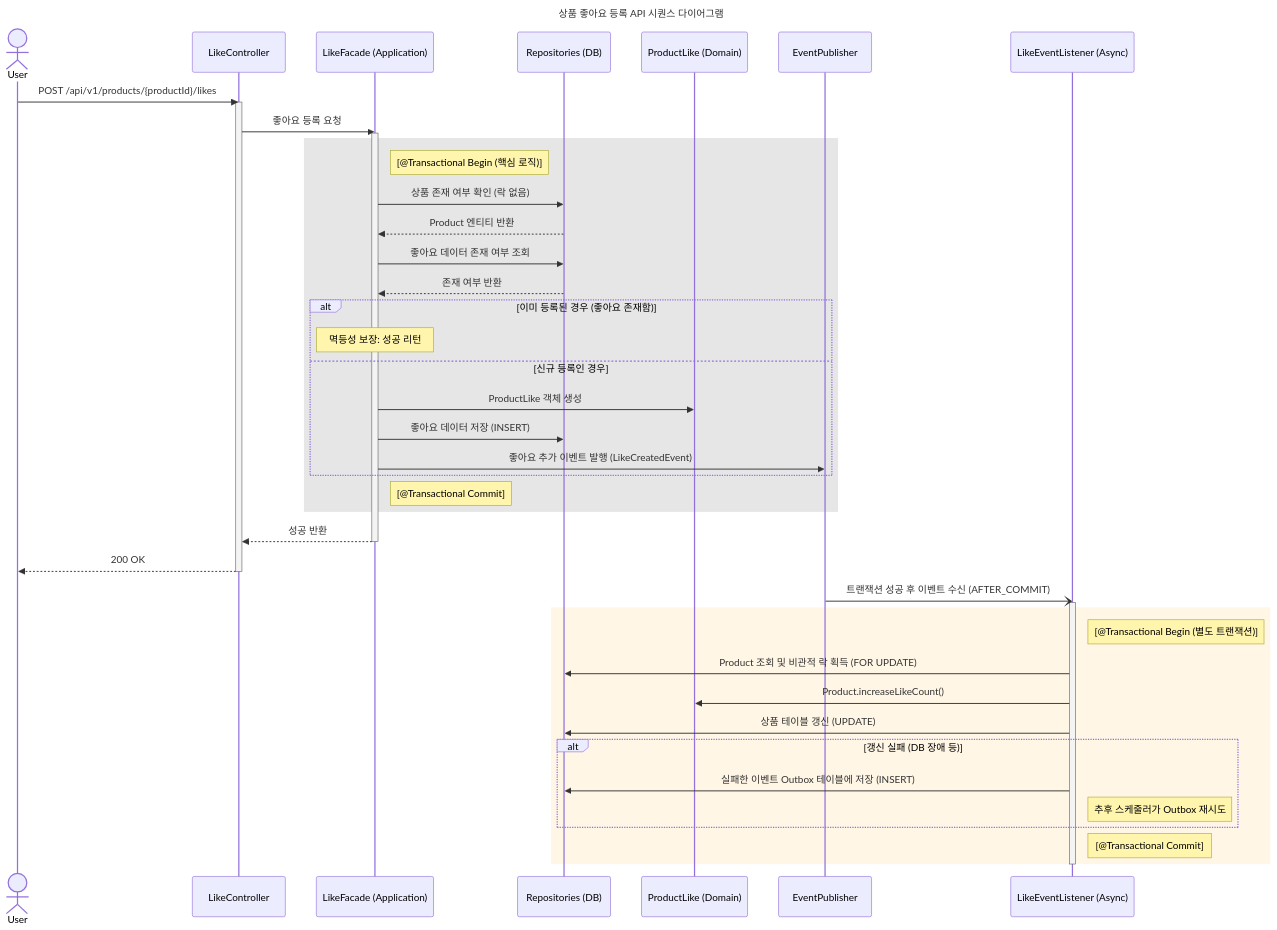
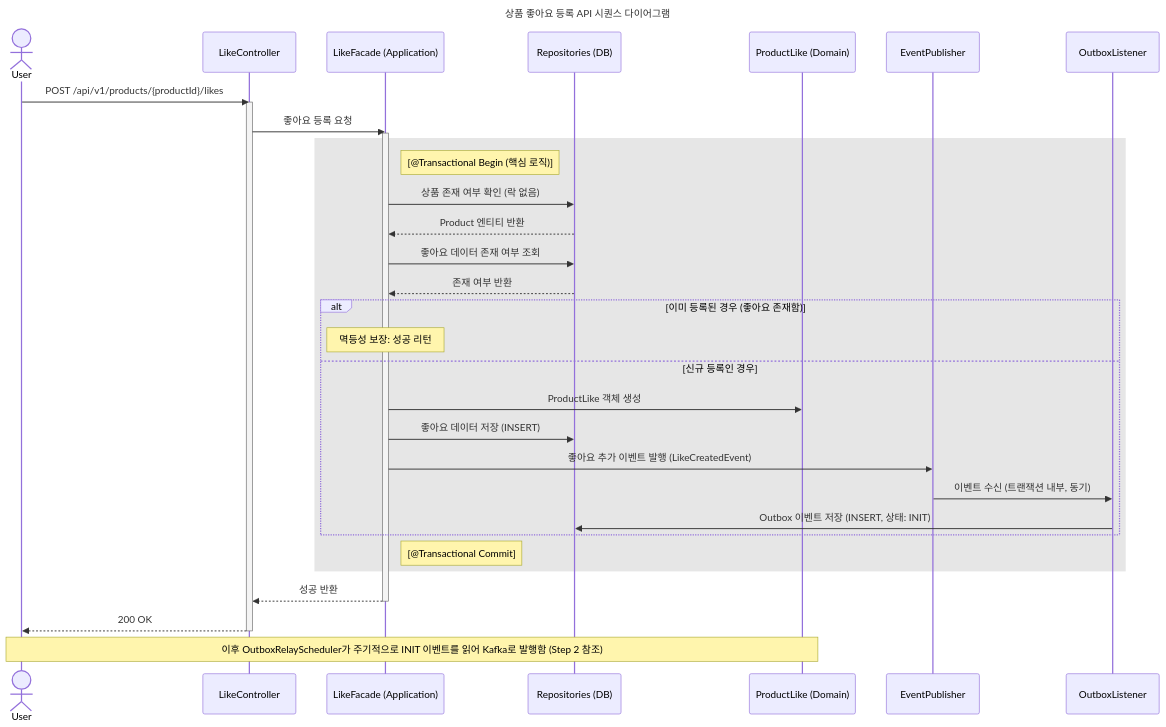
One commit to eelseungmin/loop-pack-be-l2-vol4-java changed the fifth of 12 diagrams in docs/week2/02-sequence-diagrams.md. Above: the diagram before and after it, drawn with Mermaid. The commit also changed other lines of this file and 4 other files, not shown here.

````diff
--- a/docs/week2/02-sequence-diagrams.md
+++ b/docs/week2/02-sequence-diagrams.md
@@ -190,59 +215,44 @@
 ```mermaid
 sequenceDiagram
     title 상품 좋아요 등록 API 시퀀스 다이어그램
     actor User
     participant Controller as LikeController
     participant Facade as LikeFacade (Application)
     participant Repo as Repositories (DB)
     participant Domain as ProductLike (Domain)
 
     User->>Controller: POST /api/v1/products/{productId}/likes
     activate Controller
 
     Controller->>Facade: 좋아요 등록 요청
     activate Facade
 
     rect rgba(128, 128, 128, 0.2)
         Note right of Facade: [@Transactional Begin (핵심 로직)]
 
         Facade->>Repo: 상품 존재 여부 확인 (락 없음)
         Repo-->>Facade: Product 엔티티 반환
 
         Facade->>Repo: 좋아요 데이터 존재 여부 조회
         Repo-->>Facade: 존재 여부 반환
 
         alt 이미 등록된 경우 (좋아요 존재함)
             Note over Facade: 멱등성 보장: 성공 리턴
         else 신규 등록인 경우
             Facade->>Domain: ProductLike 객체 생성
             Facade->>Repo: 좋아요 데이터 저장 (INSERT)
             Facade->>EventPublisher: 좋아요 추가 이벤트 발행 (LikeCreatedEvent)
+            EventPublisher->>OutboxListener: 이벤트 수신 (트랜잭션 내부, 동기)
+            OutboxListener->>Repo: Outbox 이벤트 저장 (INSERT, 상태: INIT)
         end
         Note right of Facade: [@Transactional Commit]
     end
 
     Facade-->>Controller: 성공 반환
     deactivate Facade
     
     Controller-->>User: 200 OK
     deactivate Controller
 
-    %% 비동기 이벤트 처리 (좋아요 집계)
-    participant EventListener as LikeEventListener (Async)
-    EventPublisher-)EventListener: 트랜잭션 성공 후 이벤트 수신 (AFTER_COMMIT)
-    activate EventListener
-    
-    rect rgba(255, 165, 0, 0.1)
-        Note right of EventListener: [@Transactional Begin (별도 트랜잭션)]
-        EventListener->>Repo: Product 조회 및 비관적 락 획득 (FOR UPDATE)
-        EventListener->>Domain: Product.increaseLikeCount()
-        EventListener->>Repo: 상품 테이블 갱신 (UPDATE)
-        
-        alt 갱신 실패 (DB 장애 등)
-            EventListener->>Repo: 실패한 이벤트 Outbox 테이블에 저장 (INSERT)
-            Note right of EventListener: 추후 스케줄러가 Outbox 재시도
-        end
-        Note right of EventListener: [@Transactional Commit]
-    end
-    deactivate EventListener
+    Note over User, Domain: 이후 OutboxRelayScheduler가 주기적으로 INIT 이벤트를 읽어 Kafka로 발행함 (Step 2 참조)
 ```
````
